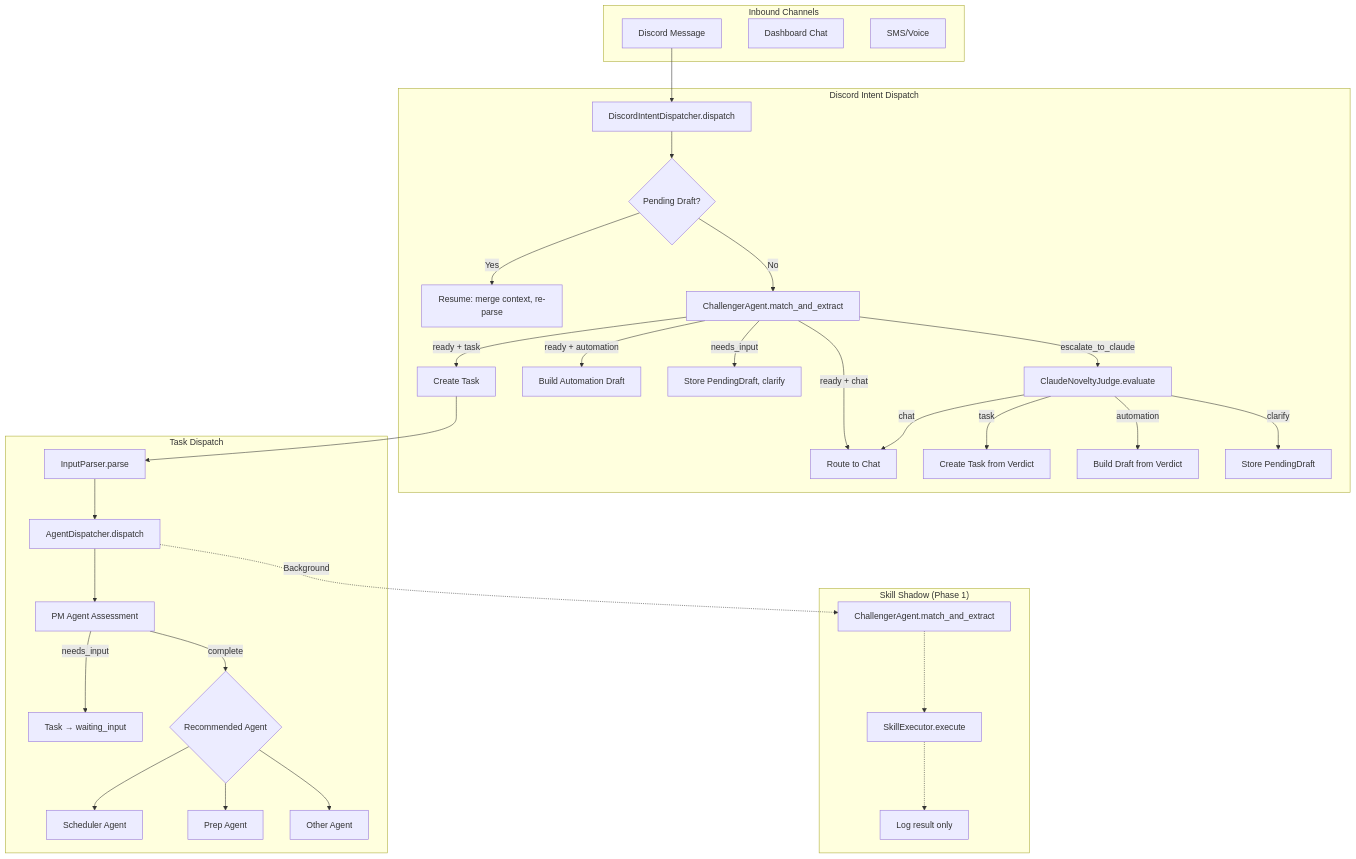
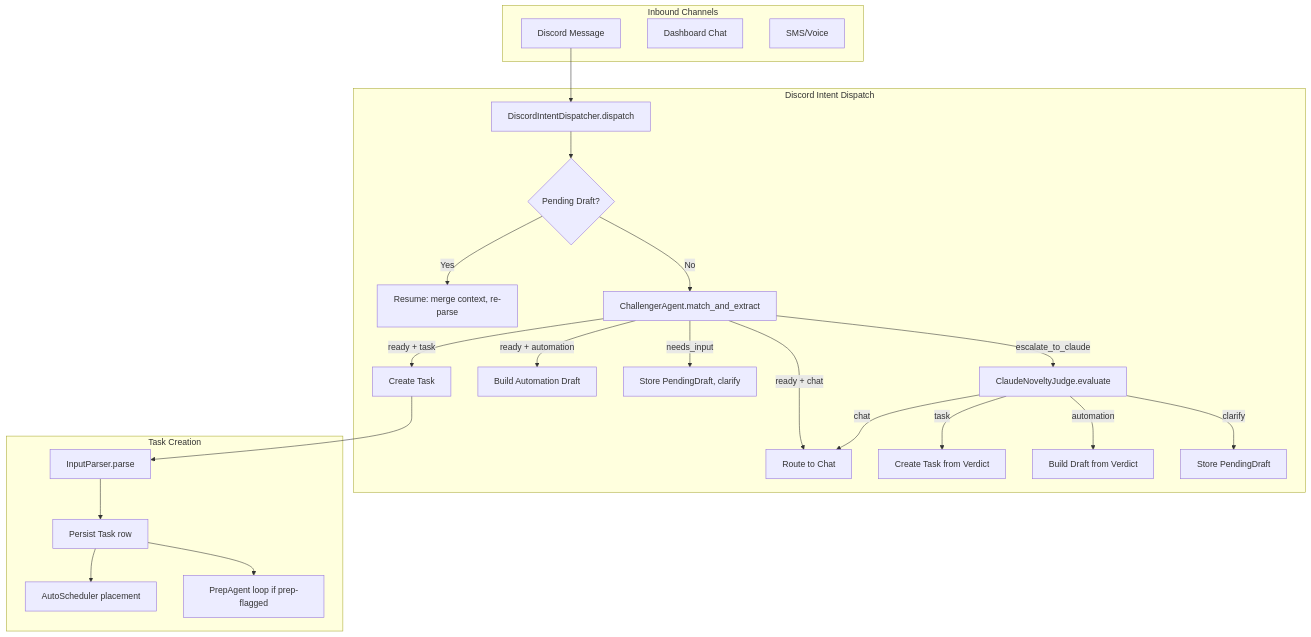
Before and after one commit to nfeuer/donna: the diagram in docs/domain/orchestrator.md, drawn with Mermaid. The commit also changed other lines of this file and 20 other files, not shown here.

````diff
--- a/docs/domain/orchestrator.md
+++ b/docs/domain/orchestrator.md
@@ -32,41 +31,31 @@
 ```mermaid
 flowchart TD
     subgraph Inbound["Inbound Channels"]
         D[Discord Message]
         DB[Dashboard Chat]
         SMS[SMS/Voice]
     end
 
     subgraph Discord["Discord Intent Dispatch"]
         D --> DID[DiscordIntentDispatcher.dispatch]
         DID --> PD{Pending Draft?}
         PD -->|Yes| RES[Resume: merge context, re-parse]
         PD -->|No| CH[ChallengerAgent.match_and_extract]
         CH -->|ready + task| CT[Create Task]
         CH -->|ready + automation| AD[Build Automation Draft]
         CH -->|ready + chat| CHAT[Route to Chat]
         CH -->|needs_input| CL[Store PendingDraft, clarify]
         CH -->|escalate_to_claude| NJ[ClaudeNoveltyJudge.evaluate]
         NJ -->|task| CT2[Create Task from Verdict]
         NJ -->|automation| AD2[Build Draft from Verdict]
         NJ -->|clarify| CL2[Store PendingDraft]
         NJ -->|chat| CHAT
     end
 
-    subgraph TaskDispatch["Task Dispatch"]
+    subgraph TaskCreation["Task Creation"]
         CT --> IP[InputParser.parse]
-        IP --> AGD[AgentDispatcher.dispatch]
-        AGD --> PM[PM Agent Assessment]
-        PM -->|needs_input| WI[Task → waiting_input]
-        PM -->|complete| EX{Recommended Agent}
-        EX --> SCHED[Scheduler Agent]
-        EX --> PREP[Prep Agent]
-        EX --> OTHER[Other Agent]
-    end
-
-    subgraph Shadow["Skill Shadow (Phase 1)"]
-        AGD -.->|Background| SS[ChallengerAgent.match_and_extract]
-        SS -.-> SE[SkillExecutor.execute]
-        SE -.-> LOG[Log result only]
+        IP --> PERSIST[Persist Task row]
+        PERSIST --> SCHED[AutoScheduler placement]
+        PERSIST --> PREP[PrepAgent loop if prep-flagged]
     end
 ```
````
